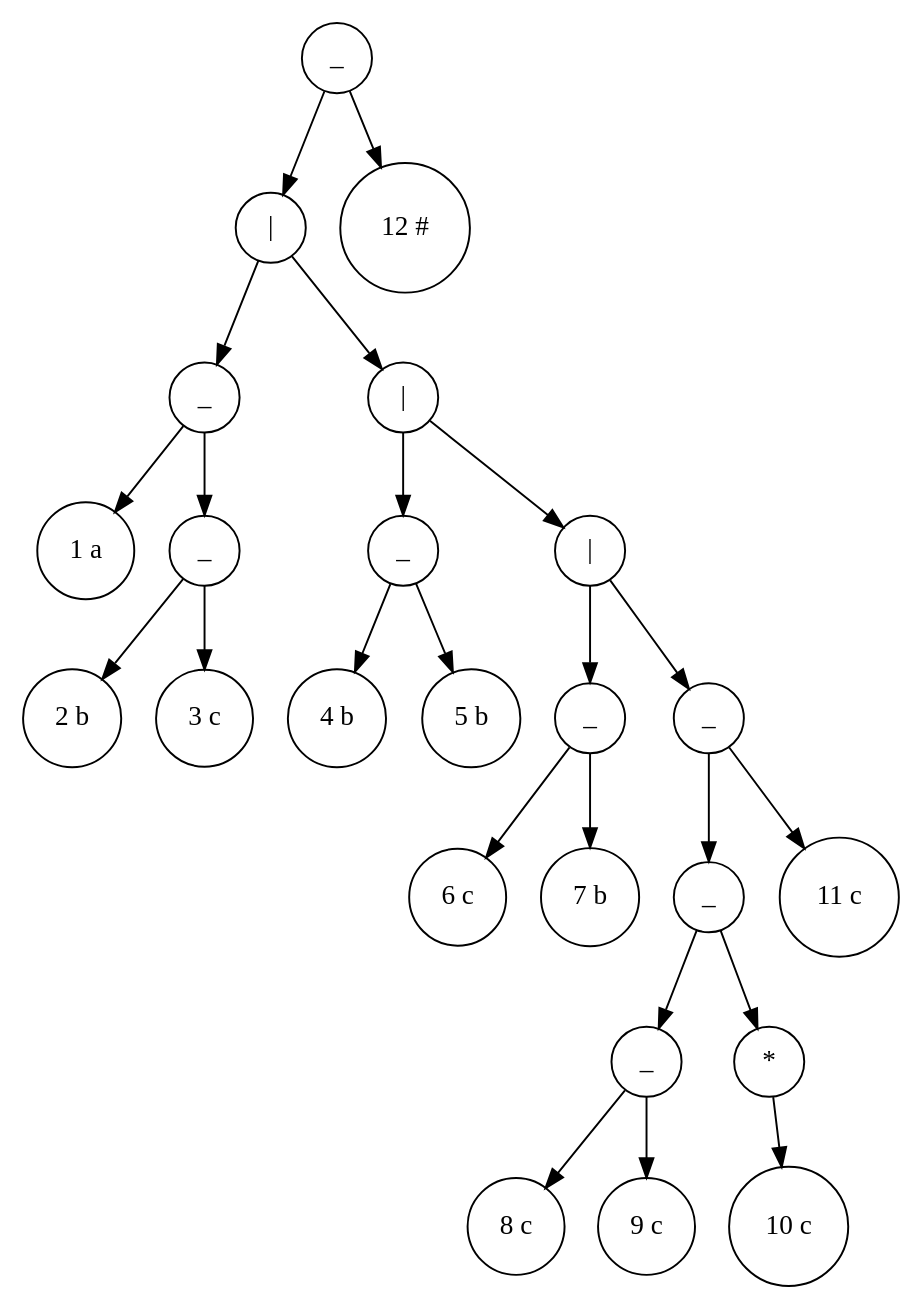
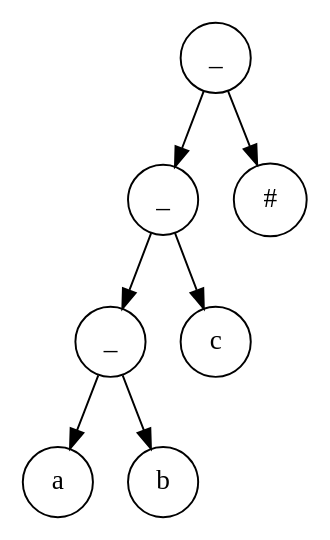
The diagram in tree_output/tree_output.dot (x6x4/lab2aaaaaaaaaaa), drawn with Graphviz before and after one commit. The commit also changed 13 other files, not shown here.

```diff
--- a/tree_output/tree_output.dot
+++ b/tree_output/tree_output.dot
@@ -1,50 +1,16 @@
 digraph Tree {
 node [shape=circle];
-93834514963136 [label="_"];
-93834514963136 -> 93834514963040;
-93834514963040 [label="|"];
-93834514963040 -> 93834514961840;
-93834514961840 [label="_"];
-93834514961840 -> 93834514961216;
-93834514961216 [label="1 a"];
-93834514961840 -> 93834514961648;
-93834514961648 [label="_"];
-93834514961648 -> 93834514961264;
-93834514961264 [label="2 b"];
-93834514961648 -> 93834514961456;
-93834514961456 [label="3 c"];
-93834514963040 -> 93834514962992;
-93834514962992 [label="|"];
-93834514962992 -> 93834514962080;
-93834514962080 [label="_"];
-93834514962080 -> 93834514961888;
-93834514961888 [label="4 b"];
-93834514962080 -> 93834514961984;
-93834514961984 [label="5 b"];
-93834514962992 -> 93834514962944;
-93834514962944 [label="|"];
-93834514962944 -> 93834514962320;
-93834514962320 [label="_"];
-93834514962320 -> 93834514962128;
-93834514962128 [label="6 c"];
-93834514962320 -> 93834514962224;
-93834514962224 [label="7 b"];
-93834514962944 -> 93834514962896;
-93834514962896 [label="_"];
-93834514962896 -> 93834514962752;
-93834514962752 [label="_"];
-93834514962752 -> 93834514962560;
-93834514962560 [label="_"];
-93834514962560 -> 93834514962368;
-93834514962368 [label="8 c"];
-93834514962560 -> 93834514962464;
-93834514962464 [label="9 c"];
-93834514962752 -> 93834514962704;
-93834514962704 [label="*"];
-93834514962704 -> 93834514962608;
-93834514962608 [label="10 c"];
-93834514962896 -> 93834514962800;
-93834514962800 [label="11 c"];
-93834514963136 -> 93834514963088;
-93834514963088 [label="12 #"];
+94061099638016 [label="_"];
+94061099638016 -> 94061099637632;
+94061099637632 [label="_"];
+94061099637632 -> 94061099637152;
+94061099637152 [label="_"];
+94061099637152 -> 94061099636672;
+94061099636672 [label="a"];
+94061099637152 -> 94061099636912;
+94061099636912 [label="b"];
+94061099637632 -> 94061099637392;
+94061099637392 [label="c"];
+94061099638016 -> 94061099637776;
+94061099637776 [label="#"];
 }
```
